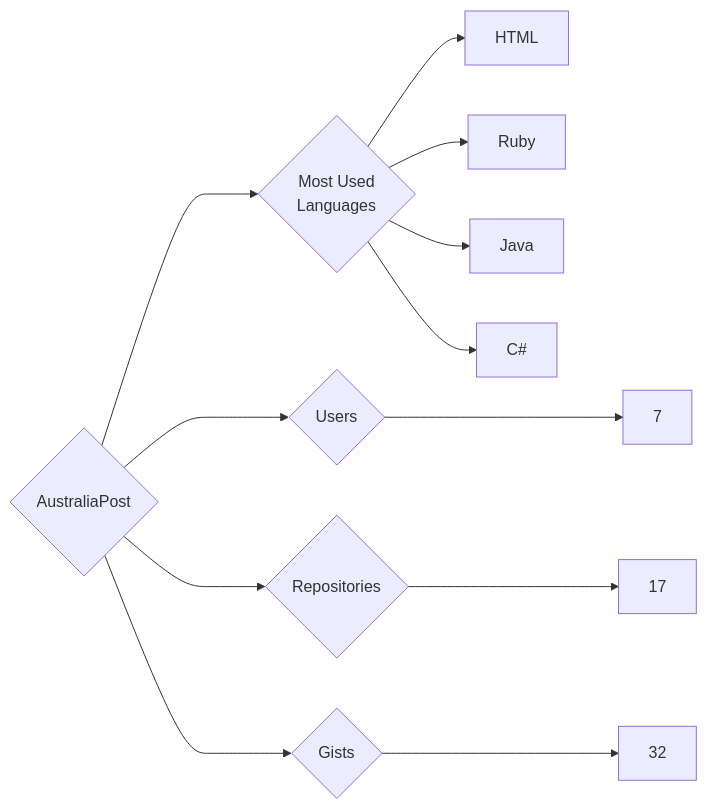
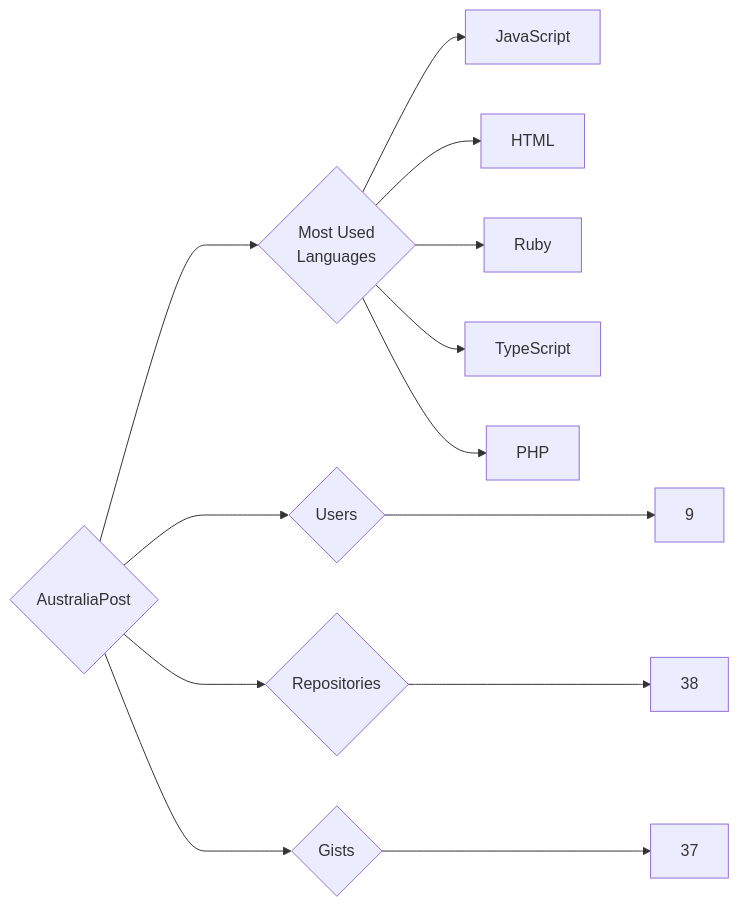
One commit to trickest/insiders changed the diagram in targets/AustraliaPost/README.md. Above: the diagram before and after it, drawn with Mermaid. The commit also changed 1003 other files, not shown here.

````diff
--- a/targets/AustraliaPost/README.md
+++ b/targets/AustraliaPost/README.md
@@ -3,12 +3,13 @@
 ```mermaid
 graph LR
 COMPANY_NAME{AustraliaPost}
-COMPANY_NAME ---> U{Users} ---> UN[7]
-COMPANY_NAME ---> R{Repositories} ---> RN[17]
-COMPANY_NAME ---> G{Gists} ---> GN[32]
+COMPANY_NAME ---> U{Users} ---> UN[9]
+COMPANY_NAME ---> R{Repositories} ---> RN[38]
+COMPANY_NAME ---> G{Gists} ---> GN[37]
 COMPANY_NAME ---> ML{Most Used<br>Languages}
+ML --> JavaScript[JavaScript]
 ML --> HTML[HTML]
 ML --> Ruby[Ruby]
-ML --> Java[Java]
-ML --> C#[C#]
+ML --> TypeScript[TypeScript]
+ML --> PHP[PHP]
 ```
````
